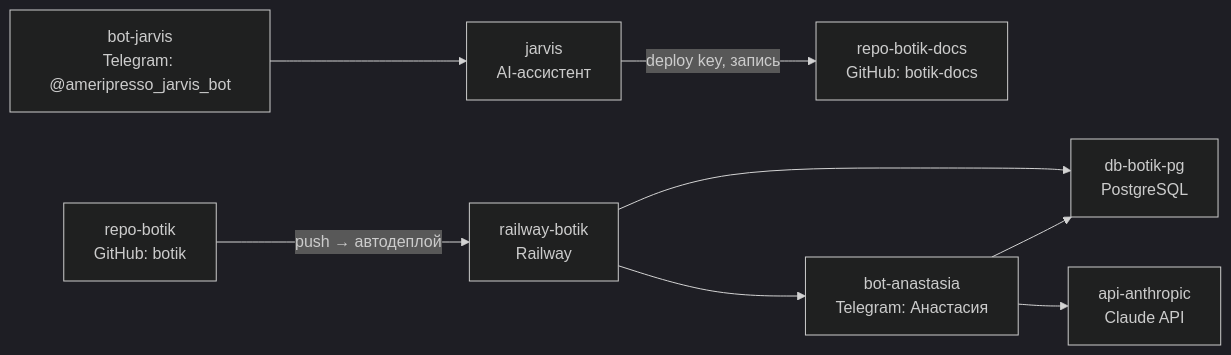
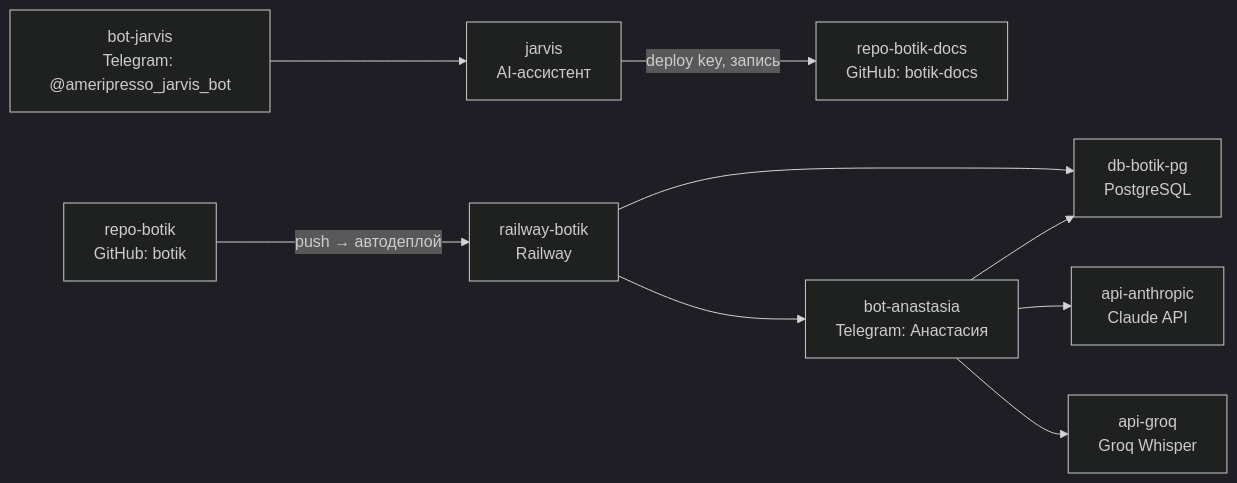
Before and after one commit to thetimour37/botik-docs: the diagram in infra/map.md, drawn with Mermaid (dark theme). The commit also changed other lines of this file and 1 other file, not shown here.

Commit message:
[timur-dev] infra: Groq API и GROQ_API_KEY (v2.3.0)

````diff
--- a/infra/map.md
+++ b/infra/map.md
@@ -5,19 +5,21 @@
 ```mermaid
 graph LR
   repo_botik["repo-botik<br/>GitHub: botik"]
   repo_docs["repo-botik-docs<br/>GitHub: botik-docs"]
   railway["railway-botik<br/>Railway"]
   db["db-botik-pg<br/>PostgreSQL"]
   bot["bot-anastasia<br/>Telegram: Анастасия"]
   claude["api-anthropic<br/>Claude API"]
+  groq["api-groq<br/>Groq Whisper"]
   jarvis["jarvis<br/>AI-ассистент"]
   bot_jarvis["bot-jarvis<br/>Telegram: @ameripresso_jarvis_bot"]
 
   repo_botik -- "push → автодеплой" --> railway
   railway --> db
   railway --> bot
   bot --> claude
+  bot --> groq
   bot --> db
   jarvis -- "deploy key, запись" --> repo_docs
   bot_jarvis --> jarvis
 ```
````
